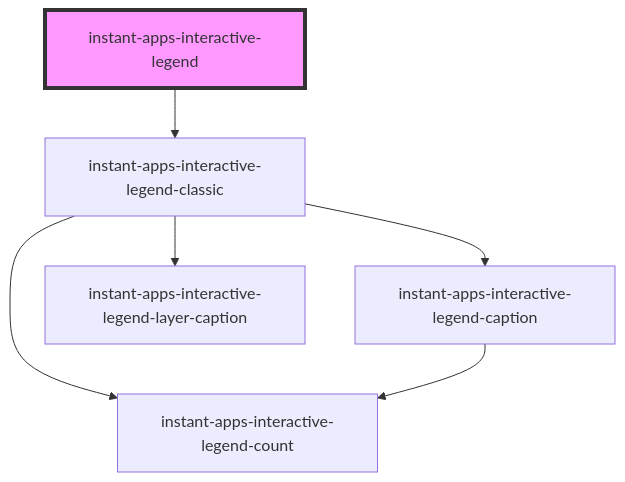
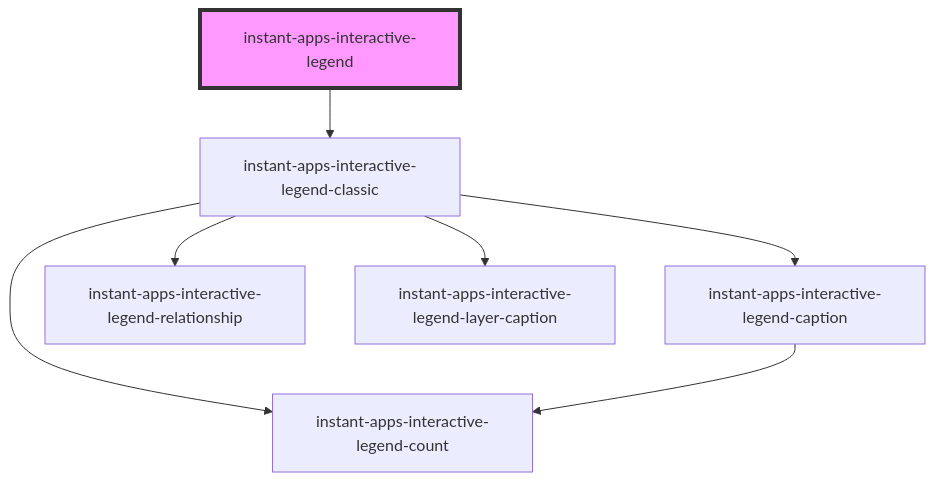
The diagram in src/components/instant-apps-interactive-legend/readme.md (Esri/instant-apps-components), drawn with Mermaid before and after one commit. The commit also changed 6 other files, not shown here.

````diff
--- a/src/components/instant-apps-interactive-legend/readme.md
+++ b/src/components/instant-apps-interactive-legend/readme.md
@@ -23,9 +23,10 @@
 ```mermaid
 graph TD;
   instant-apps-interactive-legend --> instant-apps-interactive-legend-classic
   instant-apps-interactive-legend-classic --> instant-apps-interactive-legend-caption
+  instant-apps-interactive-legend-classic --> instant-apps-interactive-legend-relationship
   instant-apps-interactive-legend-classic --> instant-apps-interactive-legend-layer-caption
   instant-apps-interactive-legend-classic --> instant-apps-interactive-legend-count
   instant-apps-interactive-legend-caption --> instant-apps-interactive-legend-count
   style instant-apps-interactive-legend fill:#f9f,stroke:#333,stroke-width:4px
 ```
````
